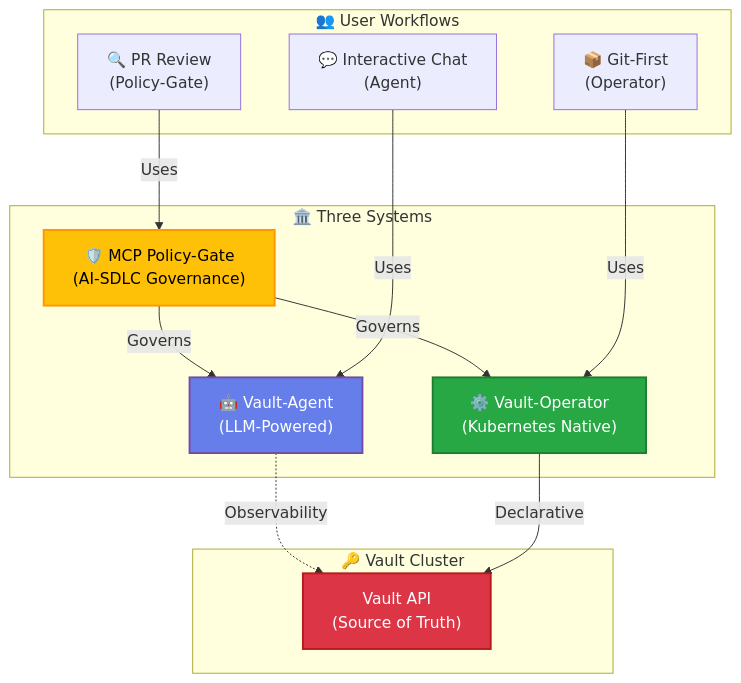
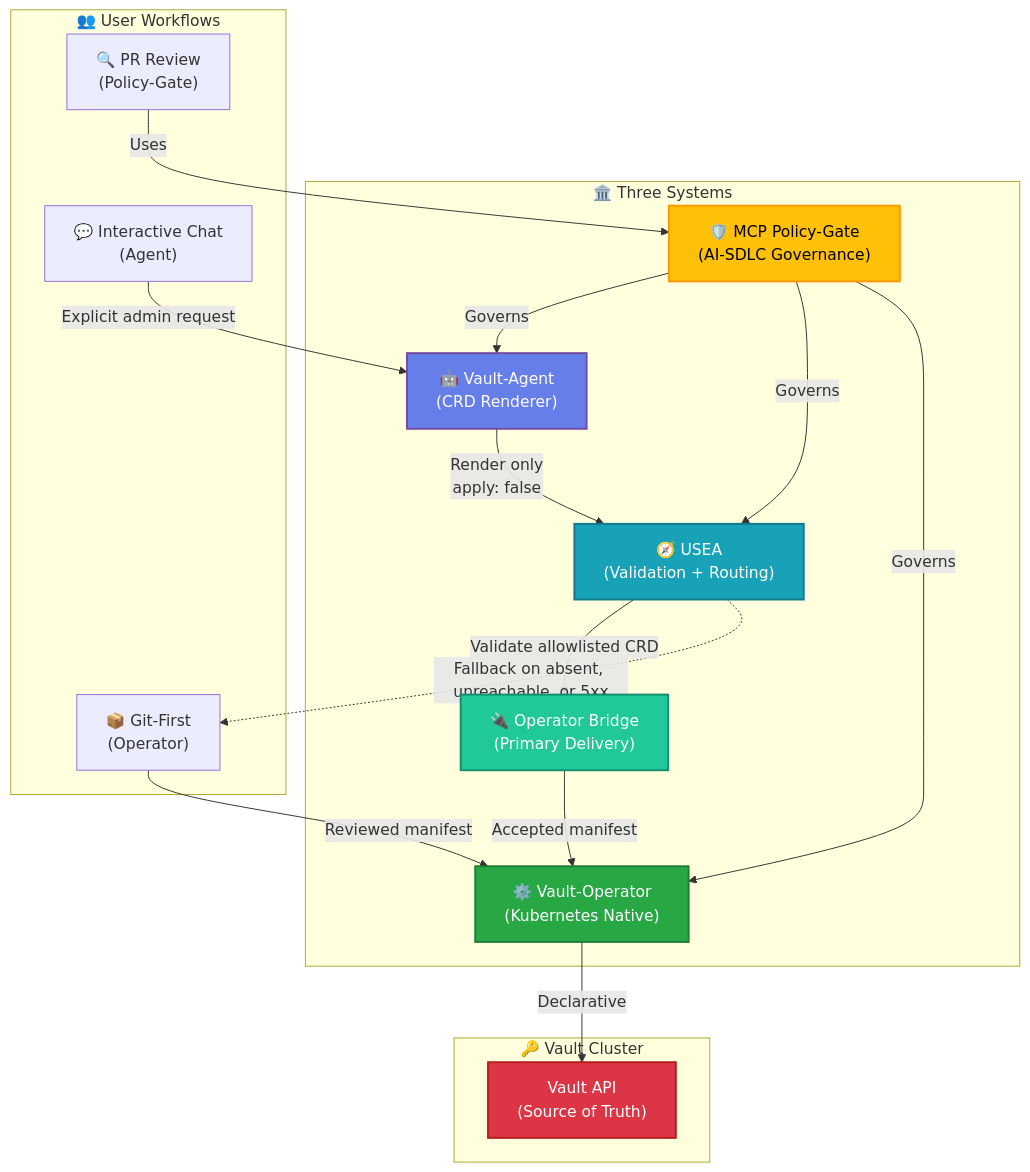
The first of 7 diagrams in docs/INTEGRATION_GUIDE.md (iestarks/vault-config-operator), drawn with Mermaid before and after one commit. The commit also changed other lines of this file and 3 other files, not shown here.

````diff
--- a/docs/INTEGRATION_GUIDE.md
+++ b/docs/INTEGRATION_GUIDE.md
@@ -16,32 +16,40 @@
 ```mermaid
 graph TB
     subgraph Systems["🏛️ Three Systems"]
-        Agent["🤖 Vault-Agent<br/>(LLM-Powered)"]
+        Agent["🤖 Vault-Agent<br/>(CRD Renderer)"]
+        USEA["🧭 USEA<br/>(Validation + Routing)"]
         Operator["⚙️ Vault-Operator<br/>(Kubernetes Native)"]
+        Bridge["🔌 Operator Bridge<br/>(Primary Delivery)"]
         Gate["🛡️ MCP Policy-Gate<br/>(AI-SDLC Governance)"]
     end
     
     subgraph Vault["🔑 Vault Cluster"]
         VaultAPI["Vault API<br/>(Source of Truth)"]
     end
     
     subgraph DevOps["👥 User Workflows"]
         Chat["💬 Interactive Chat<br/>(Agent)"]
         GitOps["📦 Git-First<br/>(Operator)"]
         Review["🔍 PR Review<br/>(Policy-Gate)"]
     end
     
-    Agent -.->|Observability| VaultAPI
+    Agent -->|Render only<br/>apply: false| USEA
+    USEA -->|Validate allowlisted CRD| Bridge
+    Bridge -->|Accepted manifest| Operator
+    USEA -.->|Fallback on absent, unreachable, or 5xx| GitOps
     Operator -->|Declarative| VaultAPI
     Gate -->|Governs| Agent
+    Gate -->|Governs| USEA
     Gate -->|Governs| Operator
     
-    Chat -->|Uses| Agent
-    GitOps -->|Uses| Operator
+    Chat -->|Explicit admin request| Agent
+    GitOps -->|Reviewed manifest| Operator
     Review -->|Uses| Gate
     
     style Agent fill:#667eea,color:#fff,stroke:#764ba2,stroke-width:2px
+    style USEA fill:#17a2b8,color:#fff,stroke:#117a8b,stroke-width:2px
     style Operator fill:#28a745,color:#fff,stroke:#1e7e34,stroke-width:2px
+    style Bridge fill:#20c997,color:#fff,stroke:#138f70,stroke-width:2px
     style Gate fill:#ffc107,color:#000,stroke:#ff9800,stroke-width:2px
     style VaultAPI fill:#dc3545,color:#fff,stroke:#b71c1c,stroke-width:2px
 ```
````
